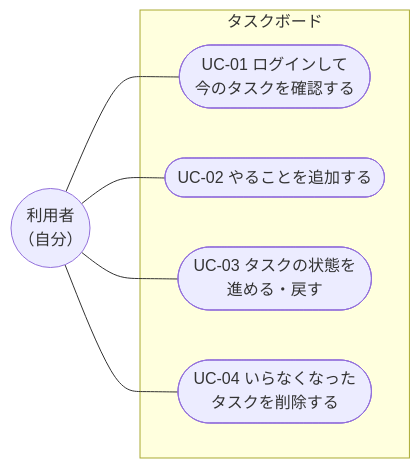
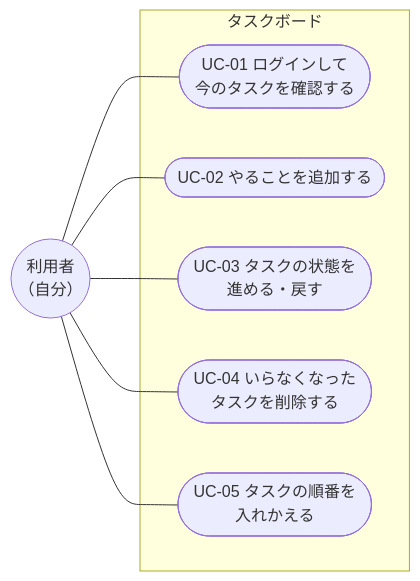
One commit to kynkt-rgb/task-board changed the first of 3 diagrams in docs/02_usecases.md. Above: the diagram before and after it, drawn with Mermaid. The commit also changed other lines of this file and 6 other files, not shown here.

````diff
--- a/docs/02_usecases.md
+++ b/docs/02_usecases.md
@@ -19,16 +20,18 @@
 ```mermaid
 flowchart LR
     U(("利用者<br>（自分）"))
 
     subgraph SYS["タスクボード"]
         UC1(["UC-01 ログインして<br>今のタスクを確認する"])
         UC2(["UC-02 やることを追加する"])
         UC3(["UC-03 タスクの状態を<br>進める・戻す"])
         UC4(["UC-04 いらなくなった<br>タスクを削除する"])
+        UC5(["UC-05 タスクの順番を<br>入れかえる"])
     end
 
     U --- UC1
     U --- UC2
     U --- UC3
     U --- UC4
+    U --- UC5
 ```
````
